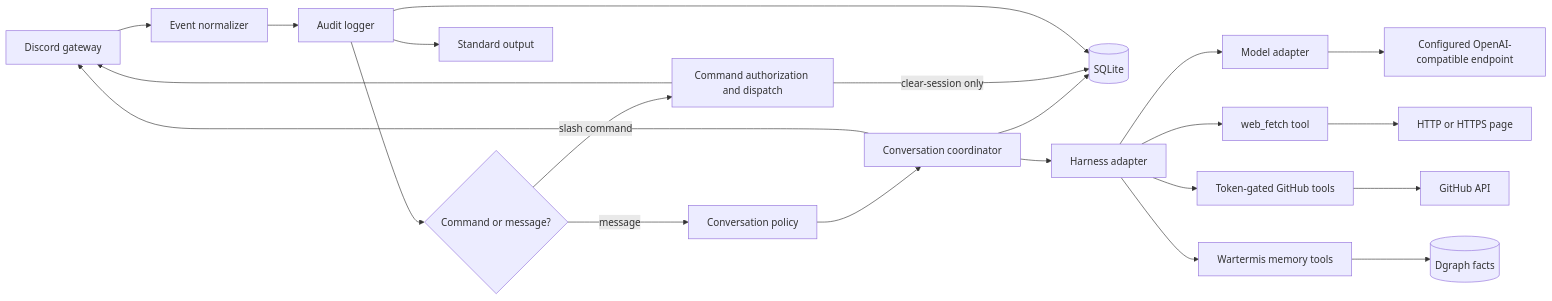
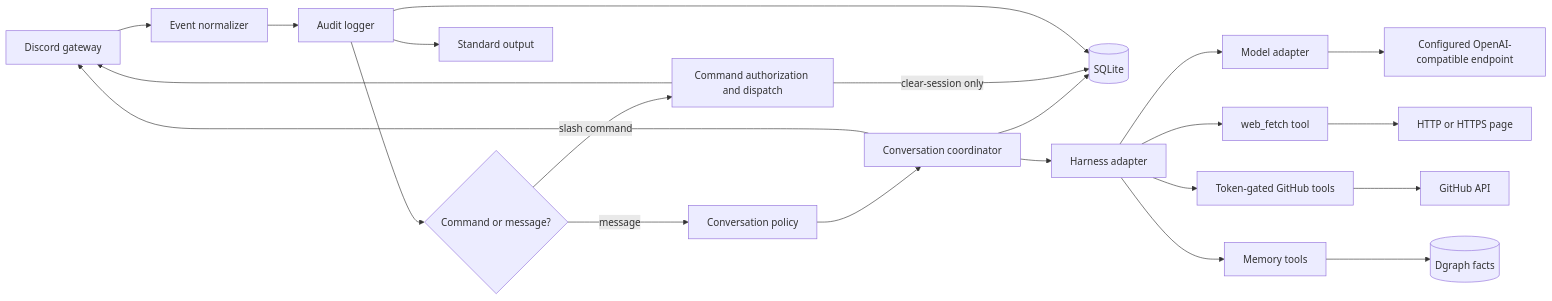
The diagram in design/rebuild-guide.md (HSV-AI/artemis), drawn with Mermaid before and after one commit. The commit also changed other lines of this file and 10 other files, not shown here.

Commit message:
refactor(memory): make tools profile-independent

````diff
--- a/design/rebuild-guide.md
+++ b/design/rebuild-guide.md
@@ -42,24 +42,24 @@
 ```mermaid
 flowchart LR
     Discord[Discord gateway] --> Normalize[Event normalizer]
     Normalize --> Audit[Audit logger]
     Audit --> Route{Command or message?}
     Route -->|slash command| Commands[Command authorization and dispatch]
     Route -->|message| Policy[Conversation policy]
     Policy --> Sessions[Conversation coordinator]
     Sessions --> Store[(SQLite)]
     Sessions --> Harness[Harness adapter]
     Harness --> Model[Model adapter]
     Harness --> WebFetch[web_fetch tool]
     Harness --> GitHubTools[Token-gated GitHub tools]
-    Harness --> MemoryTools[Wartermis memory tools]
+    Harness --> MemoryTools[Memory tools]
     WebFetch --> Web[HTTP or HTTPS page]
     GitHubTools --> GitHubAPI[GitHub API]
     MemoryTools --> Dgraph[(Dgraph facts)]
     Model --> Provider[Configured OpenAI-compatible endpoint]
     Commands -- clear-session only --> Store
     Commands --> Discord
     Sessions --> Discord
     Audit --> Console[Standard output]
     Audit --> Store
 ```
````
